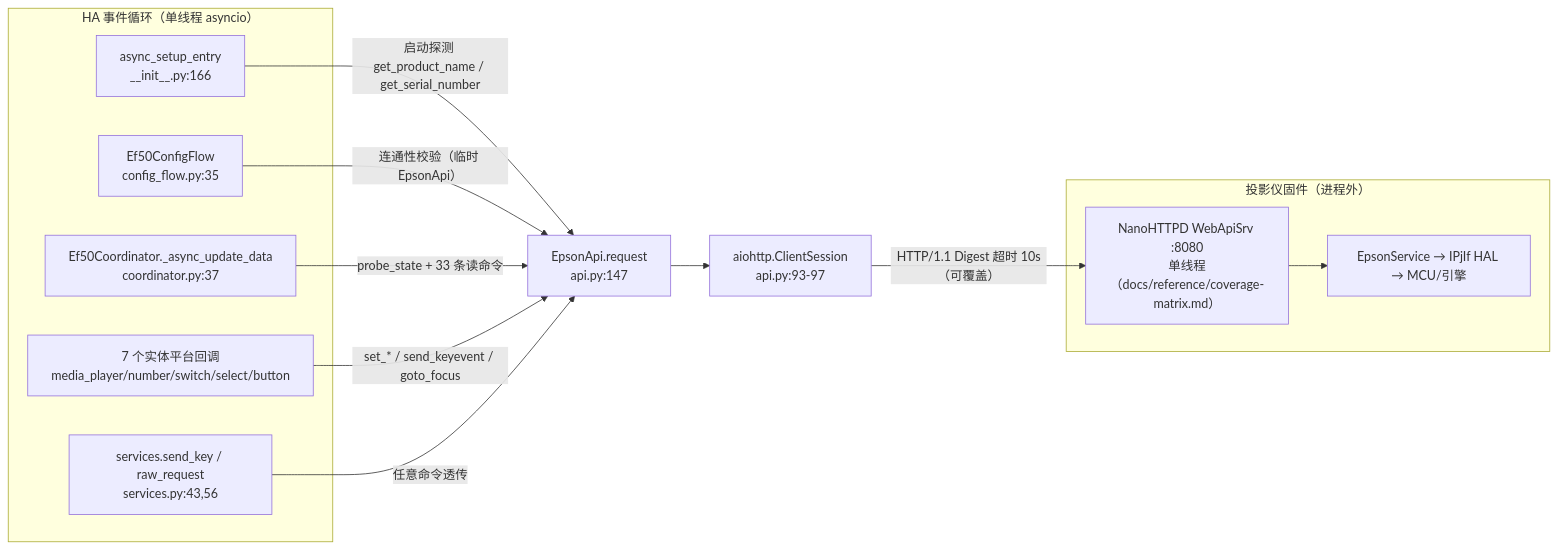
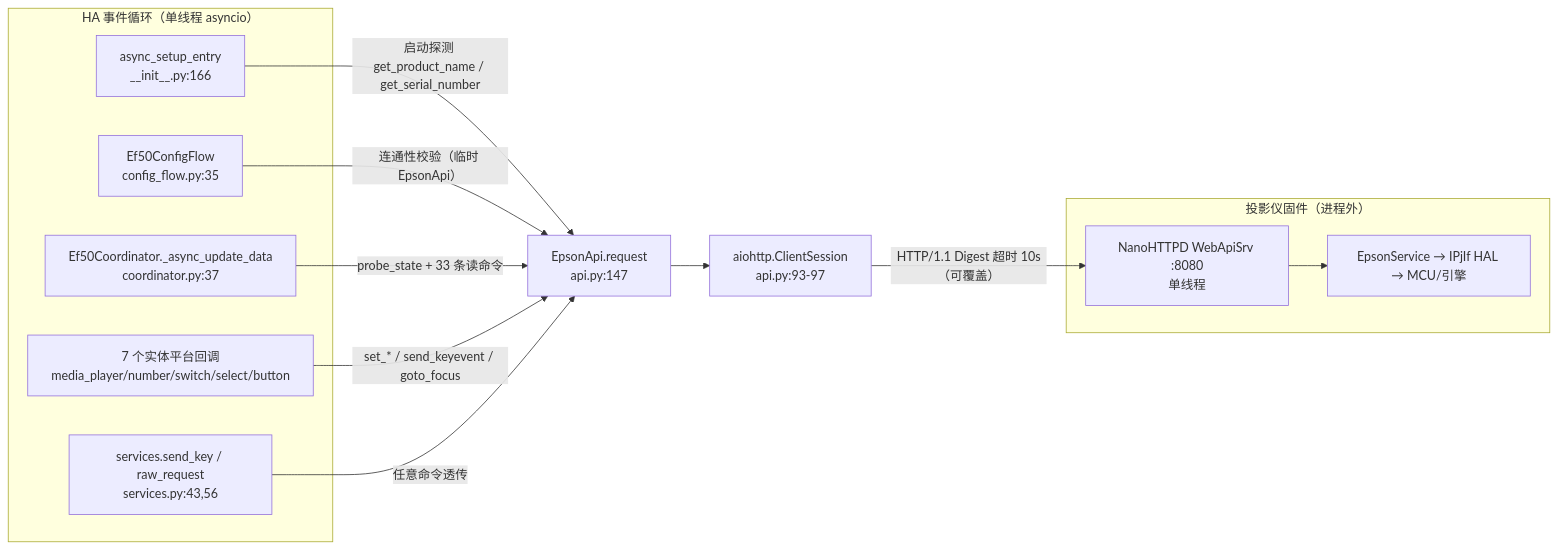
Before and after one commit to aixmoyu/ha-epson-ef-projector: the first of 7 diagrams in docs/architecture/architecture_views/process_view.md, drawn with Mermaid. The commit also changed other lines of this file and 35 other files, not shown here.

````diff
--- a/docs/architecture/architecture_views/process_view.md
+++ b/docs/architecture/architecture_views/process_view.md
@@ -34,26 +34,26 @@
 ```mermaid
 graph LR
     subgraph "HA 事件循环（单线程 asyncio）"
         SETUP["async_setup_entry<br/>__init__.py:166"]
         CF["Ef50ConfigFlow<br/>config_flow.py:35"]
         COORD["Ef50Coordinator._async_update_data<br/>coordinator.py:37"]
         ENT["7 个实体平台回调<br/>media_player/number/switch/select/button"]
         SVC["services.send_key / raw_request<br/>services.py:43,56"]
     end
 
     API["EpsonApi.request<br/>api.py:147"]
     SESS["aiohttp.ClientSession<br/>api.py:93-97"]
     subgraph "投影仪固件（进程外）"
-        HTTP["NanoHTTPD WebApiSrv :8080<br/>单线程（docs/reference/coverage-matrix.md）"]
+        HTTP["NanoHTTPD WebApiSrv :8080<br/>单线程"]
         MCU["EpsonService → IPjIf HAL → MCU/引擎"]
     end
 
     SETUP -->|"启动探测 get_product_name / get_serial_number"| API
     CF -->|"连通性校验（临时 EpsonApi）"| API
     COORD -->|"probe_state + 33 条读命令"| API
     ENT -->|"set_* / send_keyevent / goto_focus"| API
     SVC -->|"任意命令透传"| API
     API --> SESS
     SESS -->|"HTTP/1.1 Digest 超时 10s（可覆盖）"| HTTP
     HTTP --> MCU
 ```
````
